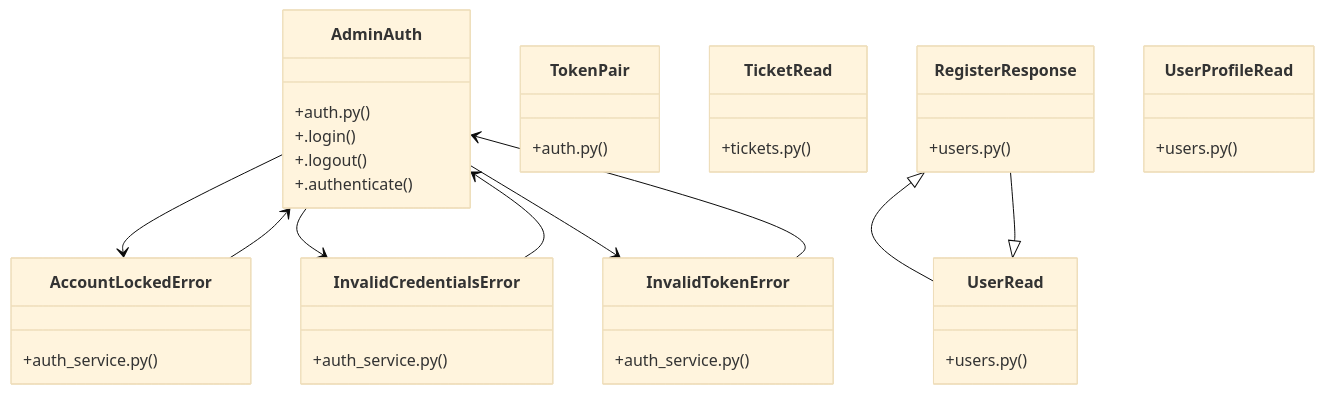
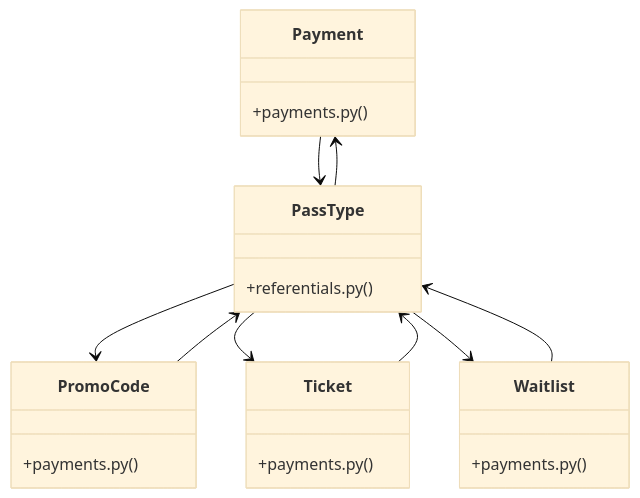
The diagram in graphify-out/wiki/[get_settings()_&_upload_file()]_Cluster.md (adjanayo/synca_conf_back), drawn with Mermaid (base theme) before and after one commit. The commit also changed other lines of this file and 71 other files, not shown here.

Commit message:
docs: mise à jour graphify (graphe du code)

````diff
--- a/graphify-out/wiki/[get_settings()_&_upload_file()]_Cluster.md
+++ b/graphify-out/wiki/[get_settings()_&_upload_file()]_Cluster.md
@@ -36,41 +36,26 @@
 ```mermaid
 classDiagram
-    class AdminAuth {
-        +auth.py()
-        +.login()
-        +.logout()
-        +.authenticate()
+    class Payment {
+        +payments.py()
     }
-    class AccountLockedError {
-        +auth_service.py()
+    class PromoCode {
+        +payments.py()
     }
-    class InvalidCredentialsError {
-        +auth_service.py()
+    class Ticket {
+        +payments.py()
     }
-    class InvalidTokenError {
-        +auth_service.py()
+    class Waitlist {
+        +payments.py()
     }
-    class TokenPair {
-        +auth.py()
+    class PassType {
+        +referentials.py()
     }
-    class TicketRead {
-        +tickets.py()
-    }
-    class RegisterResponse {
-        +users.py()
-    }
-    class UserProfileRead {
-        +users.py()
-    }
-    class UserRead {
-        +users.py()
-    }
-    AdminAuth --> AccountLockedError
-    AdminAuth --> InvalidCredentialsError
-    AdminAuth --> InvalidTokenError
-    AccountLockedError --> AdminAuth
-    InvalidCredentialsError --> AdminAuth
-    InvalidTokenError --> AdminAuth
-    UserRead <|-- RegisterResponse
-    RegisterResponse <|-- UserRead
+    Payment --> PassType
+    PromoCode --> PassType
+    Ticket --> PassType
+    Waitlist --> PassType
+    PassType --> PromoCode
+    PassType --> Payment
+    PassType --> Ticket
+    PassType --> Waitlist
 ```
````
